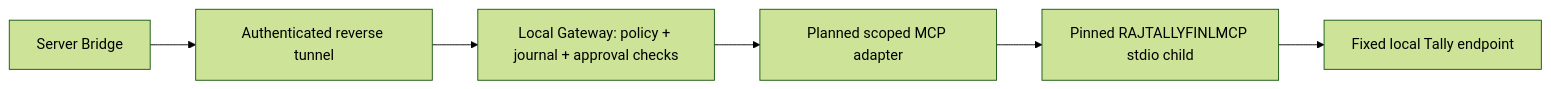
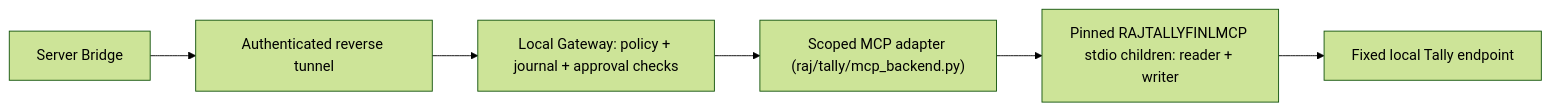
One commit to vrajkher/Supererpagent changed the second of 3 diagrams in docs/WORKFLOW.md. Above: the diagram before and after it, drawn with Mermaid (forest theme). The commit also changed other lines of this file and 21 other files, not shown here.

````diff
--- a/docs/WORKFLOW.md
+++ b/docs/WORKFLOW.md
@@ -38,8 +48,8 @@
 ```mermaid
 flowchart LR
     BR["Server Bridge"] --> SSH["Authenticated reverse tunnel"]
     SSH --> GW["Local Gateway: policy + journal + approval checks"]
-    GW --> DRIVER["Planned scoped MCP adapter"]
-    DRIVER --> MCP["Pinned RAJTALLYFINLMCP stdio child"]
+    GW --> DRIVER["Scoped MCP adapter (raj/tally/mcp_backend.py)"]
+    DRIVER --> MCP["Pinned RAJTALLYFINLMCP stdio children: reader + writer"]
     MCP --> T["Fixed local Tally endpoint"]
 ```
````
